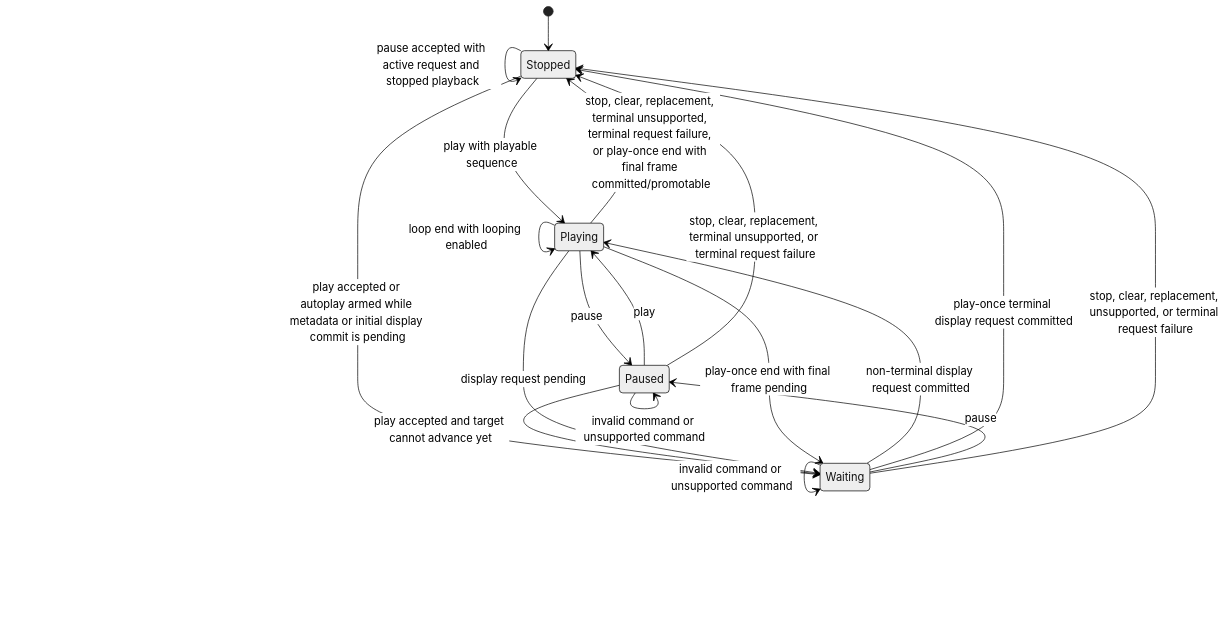
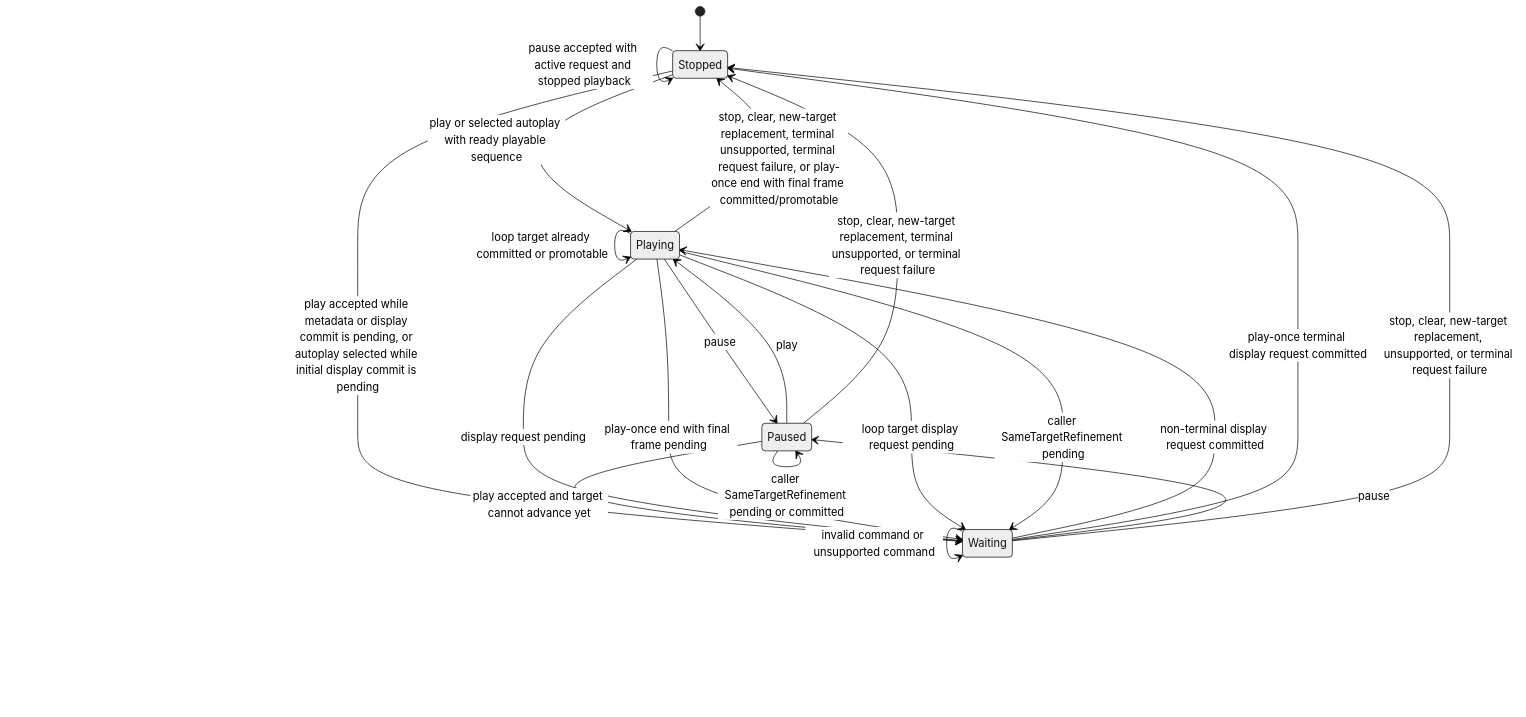
The diagram in docs/architecture/playback-state-machine.md (hnjae/kiriview), drawn with Mermaid (neutral theme) before and after one commit. The commit also changed other lines of this file and 15 other files, not shown here.

````diff
--- a/docs/architecture/playback-state-machine.md
+++ b/docs/architecture/playback-state-machine.md
@@ -5,23 +5,26 @@
 ```mermaid
 stateDiagram-v2
     [*] --> Stopped
-    Stopped --> Playing: play with playable sequence
-    Stopped --> Waiting: play accepted or autoplay armed while metadata or initial display commit is pending
+    Stopped --> Playing: play or selected autoplay with ready playable sequence
+    Stopped --> Waiting: play accepted while metadata or display commit is pending, or autoplay selected while initial display commit is pending
     Playing --> Paused: pause
     Paused --> Playing: play
     Paused --> Waiting: play accepted and target cannot advance yet
     Playing --> Waiting: display request pending
     Waiting --> Playing: non-terminal display request committed
     Waiting --> Stopped: play-once terminal display request committed
     Waiting --> Paused: pause
-    Waiting --> Stopped: stop, clear, replacement, unsupported, or terminal request failure
+    Waiting --> Stopped: stop, clear, new-target replacement, unsupported, or terminal request failure
     Playing --> Waiting: play-once end with final frame pending
-    Playing --> Stopped: stop, clear, replacement, terminal unsupported, terminal request failure, or play-once end with final frame committed/promotable
-    Paused --> Stopped: stop, clear, replacement, terminal unsupported, or terminal request failure
+    Playing --> Stopped: stop, clear, new-target replacement, terminal unsupported, terminal request failure, or play-once end with final frame committed/promotable
+    Paused --> Stopped: stop, clear, new-target replacement, terminal unsupported, or terminal request failure
     Stopped --> Stopped: clear, invalid command, or unsupported command
     Stopped --> Stopped: pause accepted with active request and stopped playback
     Playing --> Playing: invalid command or unsupported command
     Waiting --> Waiting: invalid command or unsupported command
     Paused --> Paused: invalid command or unsupported command
-    Playing --> Playing: loop end with looping enabled
+    Playing --> Playing: loop target already committed or promotable
+    Playing --> Waiting: loop target display request pending
+    Playing --> Waiting: caller SameTargetRefinement pending
+    Paused --> Paused: caller SameTargetRefinement pending or committed
 ```
````
